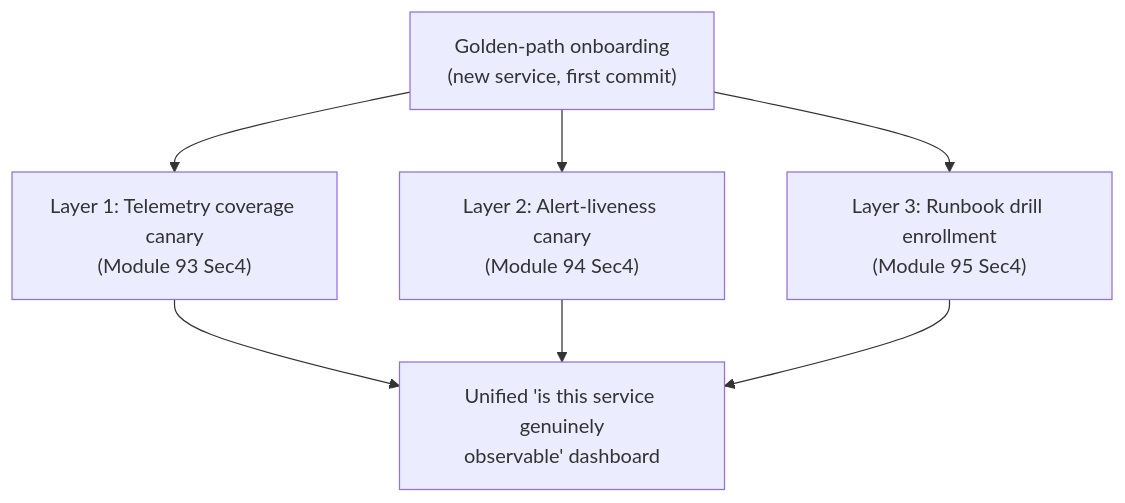
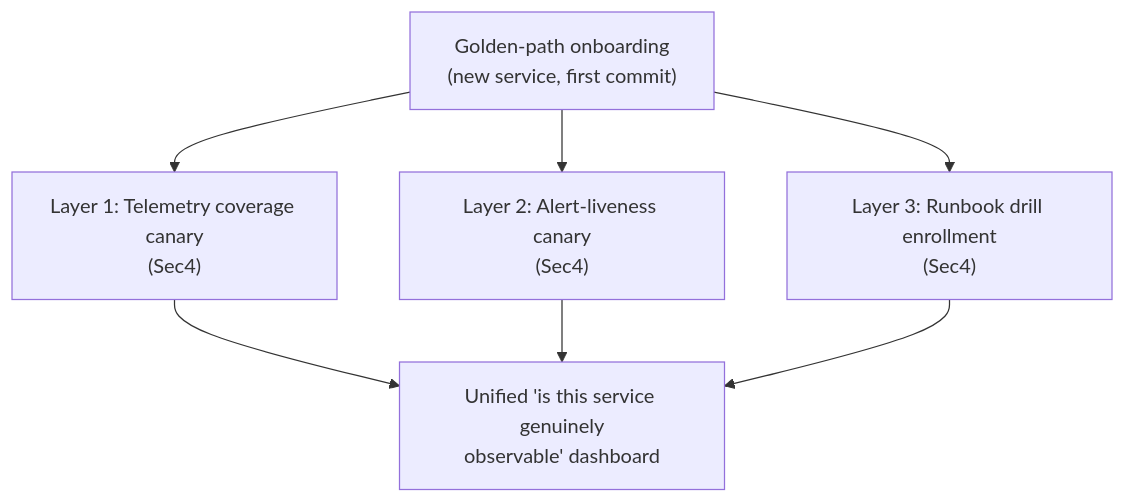
Before and after one commit to umashankarp/InterviewQuestions: the first of 3 diagrams in 27-Observability/04-ObservabilityPlatformArchitecture-Cardinality-Cost-MultiSignalCorrelation.md, drawn with Mermaid. The commit also changed other lines of this file and 173 other files, not shown here.

````diff
--- a/27-Observability/04-ObservabilityPlatformArchitecture-Cardinality-Cost-MultiSignalCorrelation.md
+++ b/27-Observability/04-ObservabilityPlatformArchitecture-Cardinality-Cost-MultiSignalCorrelation.md
@@ -61,15 +61,15 @@
 ```mermaid
 graph TB
-    Onboarding["Golden-path onboarding<br/>(new service, first commit)"]
-    Layer1["Layer 1: Telemetry coverage canary<br/>(Module 93 Sec4)"]
-    Layer2["Layer 2: Alert-liveness canary<br/>(Module 94 Sec4)"]
-    Layer3["Layer 3: Runbook drill enrollment<br/>(Module 95 Sec4)"]
-    Dashboard["Unified 'is this service genuinely<br/>observable' dashboard"]
+ Onboarding["Golden-path onboarding<br/>(new service, first commit)"]
+ Layer1["Layer 1: Telemetry coverage canary<br/>(Sec4)"]
+ Layer2["Layer 2: Alert-liveness canary<br/>(Sec4)"]
+ Layer3["Layer 3: Runbook drill enrollment<br/>(Sec4)"]
+ Dashboard["Unified 'is this service genuinely<br/>observable' dashboard"]
 
-    Onboarding --> Layer1
-    Onboarding --> Layer2
-    Onboarding --> Layer3
-    Layer1 --> Dashboard
-    Layer2 --> Dashboard
-    Layer3 --> Dashboard
+ Onboarding --> Layer1
+ Onboarding --> Layer2
+ Onboarding --> Layer3
+ Layer1 --> Dashboard
+ Layer2 --> Dashboard
+ Layer3 --> Dashboard
 ```
````
